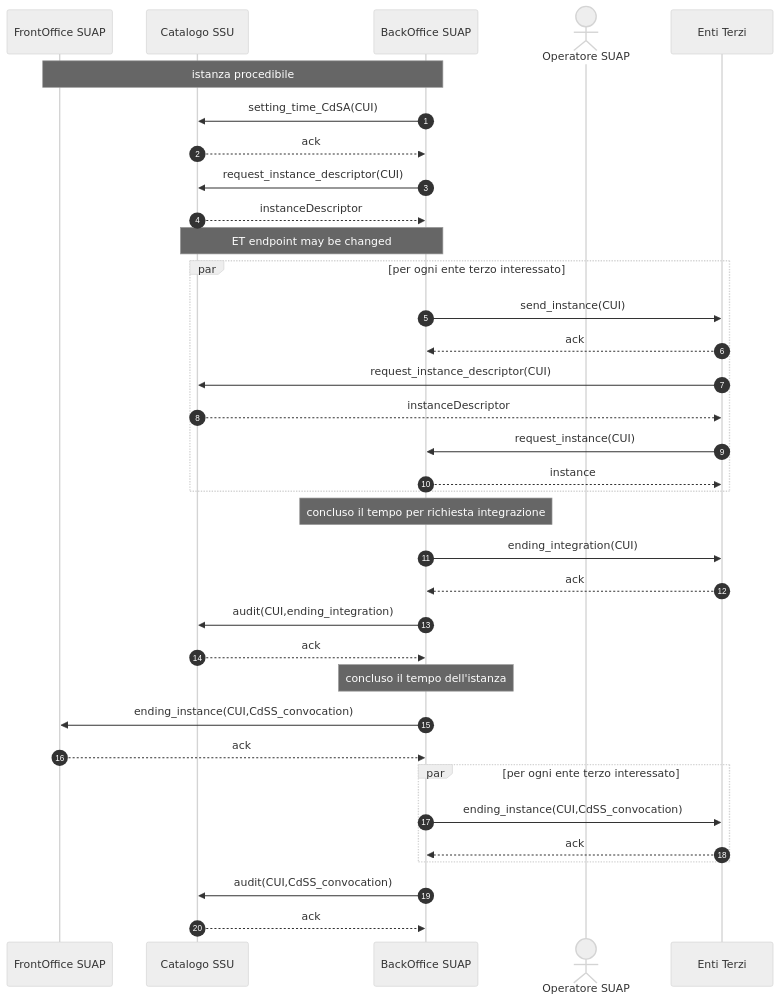
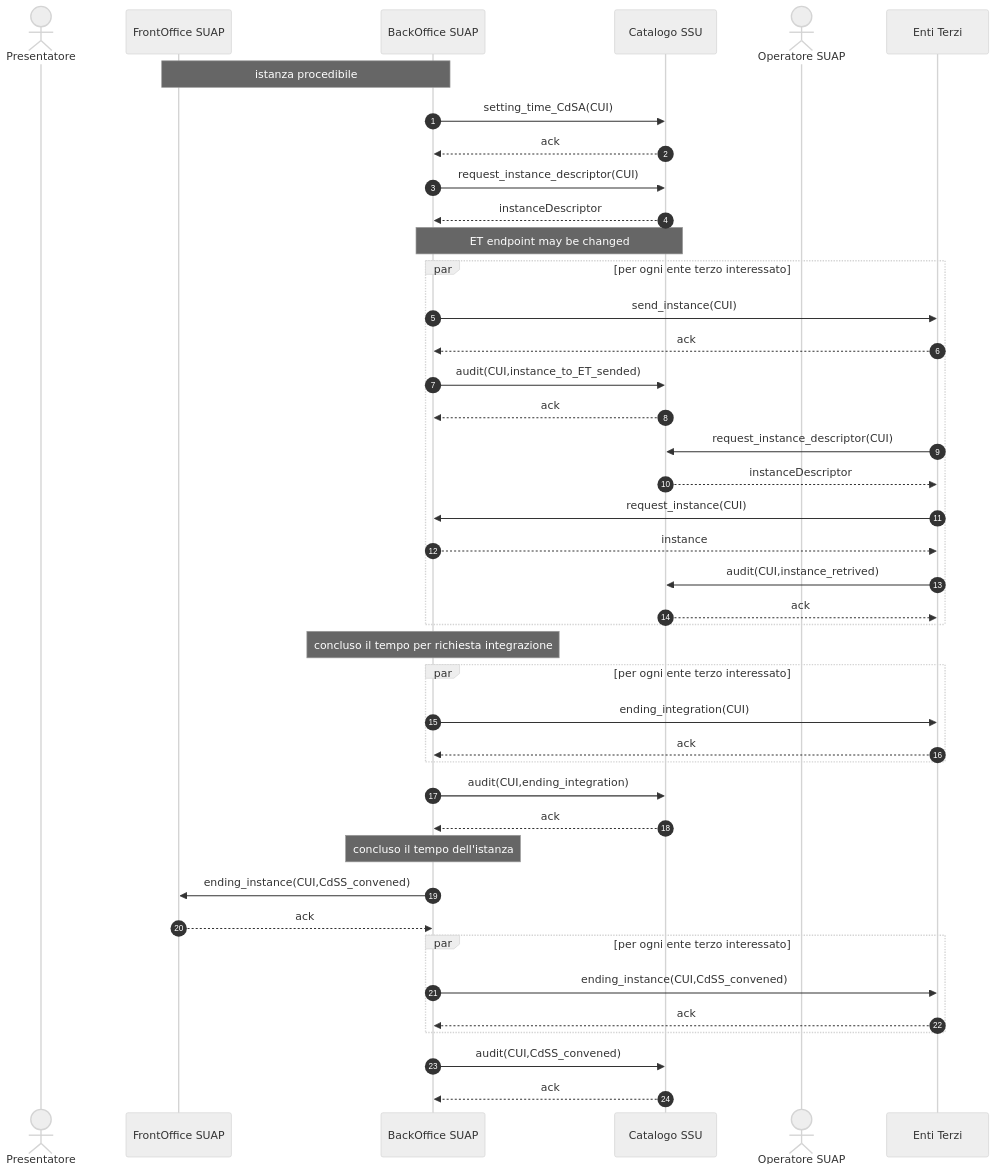
The diagram in to_interoperabilita/sequence-diagram/DomandaAutorizzazione-010.mermaid (AgID/suap-gt-specifiche), drawn with Mermaid (neutral theme) before and after one commit. The commit also changed 15 other files, not shown here.

```diff
--- a/to_interoperabilita/sequence-diagram/DomandaAutorizzazione-010.mermaid
+++ b/to_interoperabilita/sequence-diagram/DomandaAutorizzazione-010.mermaid
@@ -1,43 +1,53 @@
 sequenceDiagram
     autonumber
    
+    actor P as Presentatore    
     participant F as FrontOffice SUAP
-    participant C as Catalogo SSU    
-    participant B as BackOffice SUAP    
+    participant B as BackOffice SUAP   
+    participant C as Catalogo SSU 
     actor O as Operatore SUAP    
     participant E as Enti Terzi    
+
+
  
     Note over F,B: istanza procedibile
 
     B ->> C: setting_time_CdSA(CUI)
     C -->> B: ack
 
     B ->> C: request_instance_descriptor(CUI)
     C -->> B: instanceDescriptor
     Note over C,B: ET endpoint may be changed
 
     
     par per ogni ente terzo interessato        
         B ->> E: send_instance(CUI)
         E -->> B: ack
+        B ->> C: audit(CUI,instance_to_ET_sended)
+        C -->> B: ack
         E ->> C: request_instance_descriptor(CUI)
         C -->> E: instanceDescriptor
         E ->> B: request_instance(CUI)
         B -->> E: instance
+        E ->> C: audit(CUI,instance_retrived)
+        C -->> E: ack
     end
 
     Note over B: concluso il tempo per richiesta integrazione
-    B ->> E: ending_integration(CUI)
-    E -->> B: ack
-    B ->> C: audit(CUI,ending_integration)
-    C -->> B: ack
-    
+    par per ogni ente terzo interessato 
+        B ->> E: ending_integration(CUI)
+        E -->> B: ack
+    end
+        B ->> C: audit(CUI,ending_integration)
+        C -->> B: ack
+
+
     Note over B: concluso il tempo dell'istanza 
-    B ->> F: ending_instance(CUI,CdSS_convocation)
+    B ->> F: ending_instance(CUI,CdSS_convened)
     F -->> B: ack            
     par per ogni ente terzo interessato
-        B ->> E: ending_instance(CUI,CdSS_convocation)
+        B ->> E: ending_instance(CUI,CdSS_convened)
         E -->> B: ack
     end
-    B ->> C: audit(CUI,CdSS_convocation)
+    B ->> C: audit(CUI,CdSS_convened)
     C -->> B: ack
```
